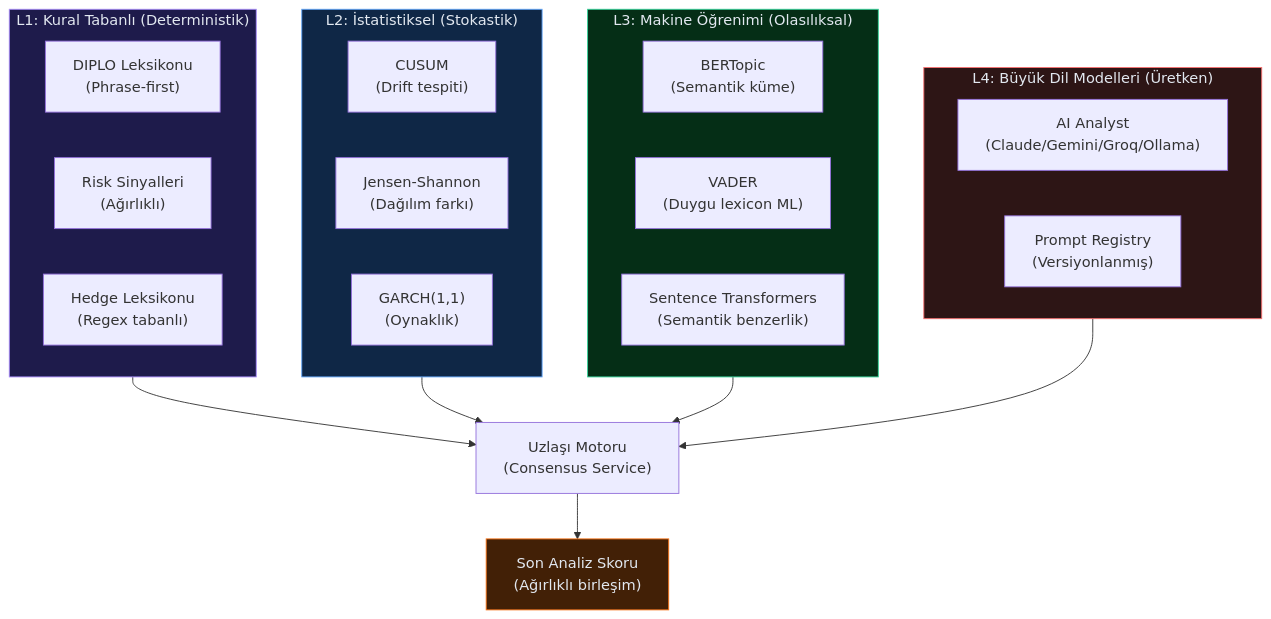
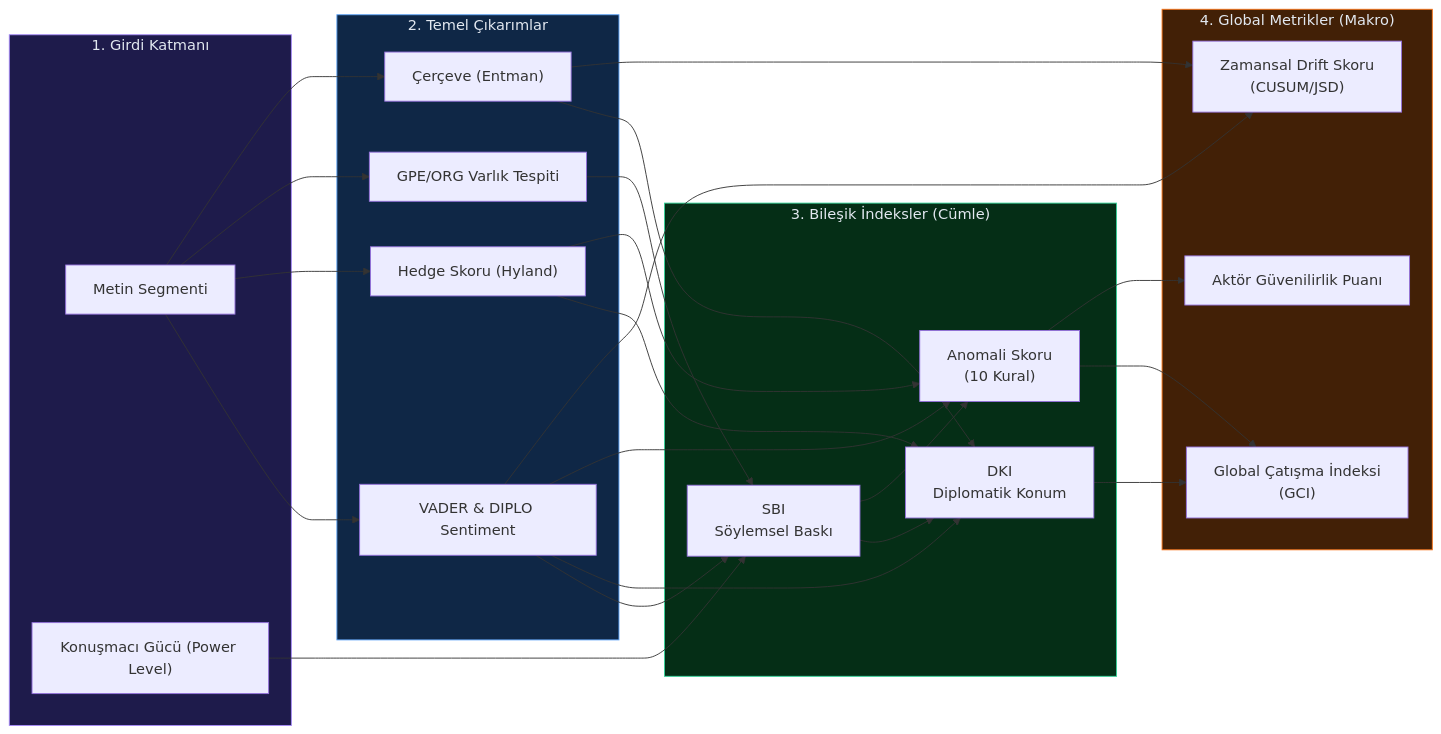
Before and after one commit to BBgitaccount/BB-PAXDATA: the fourth of 5 diagrams in README.md, drawn with Mermaid. The commit also changed other lines of this file and 2 other files, not shown here.

````diff
--- a/README.md
+++ b/README.md
@@ -950,38 +215,41 @@
 ```mermaid
-flowchart TB
-    subgraph L1["L1: Kural Tabanlı (Deterministik)"]
-        DIPLO["DIPLO Leksikonu\n(Phrase-first)"]
-        RISK_SIG["Risk Sinyalleri\n(Ağırlıklı)"]
-        HEDGE_LEX["Hedge Leksikonu\n(Regex tabanlı)"]
+flowchart LR
+    subgraph INPUT["1. Girdi Katmanı"]
+        T["Metin Segmenti"]
+        S["Konuşmacı Gücü (Power Level)"]
     end
 
-    subgraph L2["L2: İstatistiksel (Stokastik)"]
-        CUSUM["CUSUM\n(Drift tespiti)"]
-        JSD["Jensen-Shannon\n(Dağılım farkı)"]
-        GARCH["GARCH(1,1)\n(Oynaklık)"]
+    subgraph BASE["2. Temel Çıkarımlar"]
+        VADER["VADER & DIPLO Sentiment"]
+        HEDGE["Hedge Skoru (Hyland)"]
+        NER["GPE/ORG Varlık Tespiti"]
+        FRAME["Çerçeve (Entman)"]
     end
 
-    subgraph L3["L3: Makine Öğrenimi (Olasılıksal)"]
-        BERTOPIC["BERTopic\n(Semantik küme)"]
-        VADER_ML["VADER\n(Duygu lexicon ML)"]
-        EMBEDDING["Sentence Transformers\n(Semantik benzerlik)"]
+    subgraph COMPOUND["3. Bileşik İndeksler (Cümle)"]
+        SBI["SBI\nSöylemsel Baskı"]
+        DKI["DKI\nDiplomatik Konum"]
+        ANOMALY["Anomali Skoru\n(10 Kural)"]
     end
 
-    subgraph L4["L4: Büyük Dil Modelleri (Üretken)"]
-        AI_ANALYST["AI Analyst\n(Claude/Gemini/Groq/Ollama)"]
-        PROMPT_REG["Prompt Registry\n(Versiyonlanmış)"]
+    subgraph AGGREGATE["4. Global Metrikler (Makro)"]
+        GCI["Global Çatışma İndeksi\n(GCI)"]
+        DRIFT["Zamansal Drift Skoru\n(CUSUM/JSD)"]
+        CRED["Aktör Güvenilirlik Puanı"]
     end
 
-    L1 --> CONSENSUS["Uzlaşı Motoru\n(Consensus Service)"]
-    L2 --> CONSENSUS
-    L3 --> CONSENSUS
-    L4 --> CONSENSUS
+    T --> VADER & HEDGE & NER & FRAME
+    S --> SBI
+    VADER & NER --> SBI
+    VADER & SBI & HEDGE & FRAME --> DKI
+    VADER & SBI & HEDGE --> ANOMALY
+    
+    DKI & ANOMALY --> GCI
+    VADER & FRAME --> DRIFT
+    ANOMALY --> CRED
 
-    CONSENSUS --> FINAL["Son Analiz Skoru\n(Ağırlıklı birleşim)"]
-
-    style L1 fill:#1e1b4b,stroke:#a78bfa,color:#e2e8f0
-    style L2 fill:#0f2746,stroke:#60a5fa,color:#e2e8f0
-    style L3 fill:#052e16,stroke:#34d399,color:#e2e8f0
-    style L4 fill:#2d1515,stroke:#f87171,color:#e2e8f0
-    style FINAL fill:#422006,stroke:#f97316,color:#e2e8f0
+    style INPUT fill:#1e1b4b,stroke:#a78bfa,color:#e2e8f0
+    style BASE fill:#0f2746,stroke:#60a5fa,color:#e2e8f0
+    style COMPOUND fill:#052e16,stroke:#34d399,color:#e2e8f0
+    style AGGREGATE fill:#422006,stroke:#f97316,color:#e2e8f0
 ```
````
